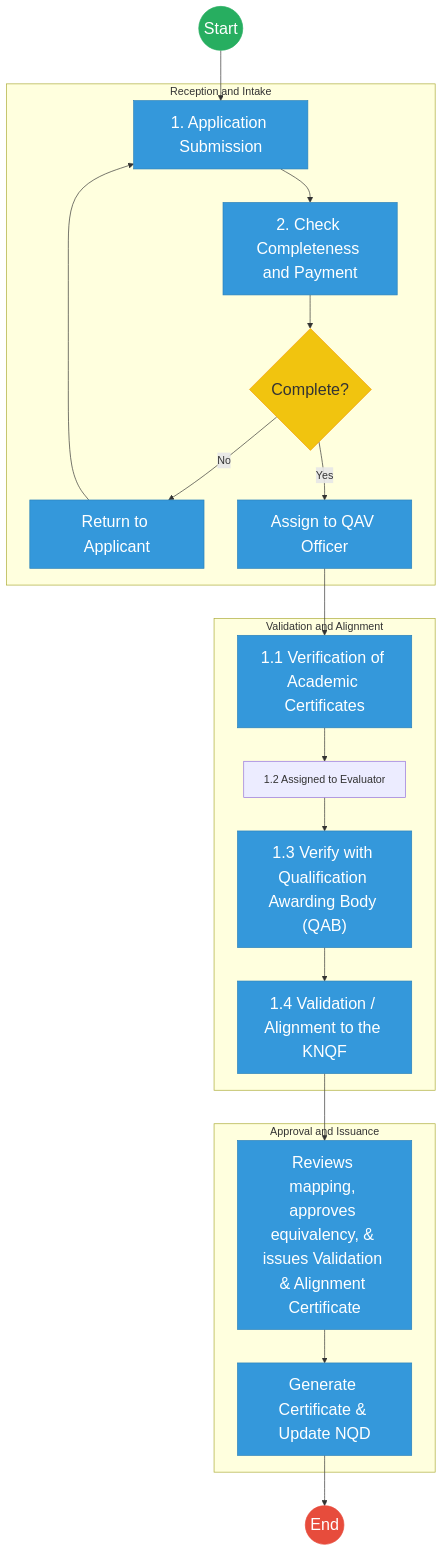
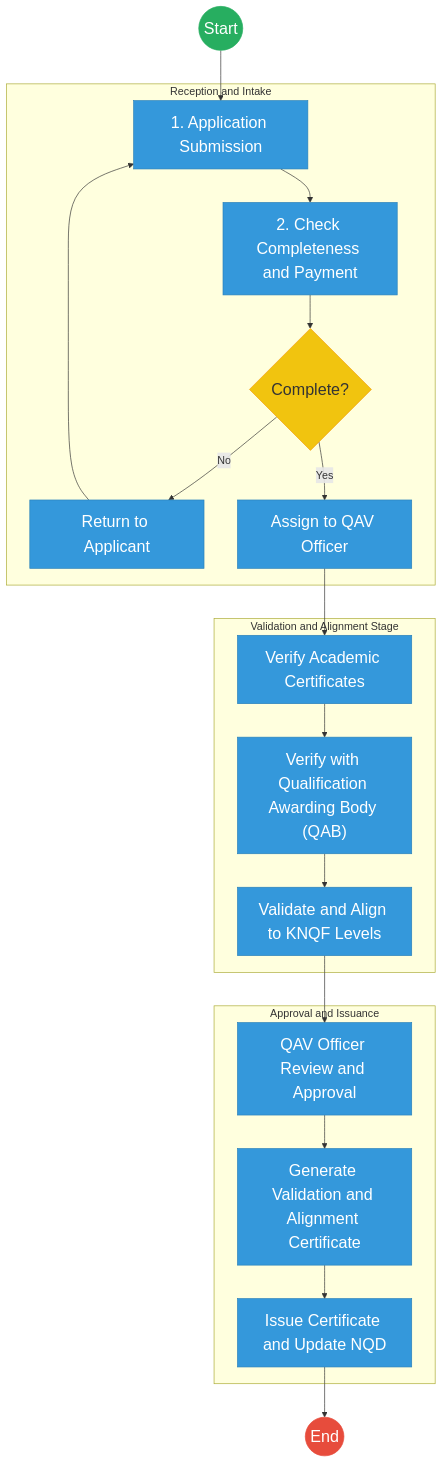
One commit to BITZ-IT-Consulting-LTD/ictapoc changed the first of 2 diagrams in mdas/docs_final/priority_mdas/Kenya_National_Qualifications_Authority___Service_Delivery.md. Above: the diagram before and after it, drawn with Mermaid. The commit also changed other lines of this file and 90 other files, not shown here.

````diff
--- a/mdas/docs_final/priority_mdas/Kenya_National_Qualifications_Authority___Service_Delivery.md
+++ b/mdas/docs_final/priority_mdas/Kenya_National_Qualifications_Authority___Service_Delivery.md
@@ -77,37 +44,37 @@
 ```mermaid
 flowchart TD
     Start(("Start")) --> Submit["1. Application Submission"]
     
     subgraph Intake["Reception and Intake"]
         Submit --> PayFee["2. Check Completeness and Payment"]
         PayFee --> Comp{"Complete?"}
         
         Comp -- "No" --> Return["Return to Applicant"]
         Return --> Submit
         
         Comp -- "Yes" --> Log["Assign to QAV Officer"]
     end
     
-    subgraph Validation["Validation and Alignment"]
-        Log --> AuthCert["1.1 Verification of Academic Certificates"]
-        AuthCert --> Eval["1.2 Assigned to Evaluator"]
-        Eval --> VerifyQAB["1.3 Verify with Qualification Awarding Body (QAB)"]
-        VerifyQAB --> MapKNQF["1.4 Validation / Alignment to the KNQF"]
+    subgraph Validation["Validation and Alignment Stage"]
+        Log --> AuthCert["Verify Academic Certificates"]
+        AuthCert --> VerifyQAB["Verify with Qualification Awarding Body (QAB)"]
+        VerifyQAB --> MapKNQF["Validate and Align to KNQF Levels"]
     end
     
     subgraph Finalization["Approval and Issuance"]
-        MapKNQF --> QAVApprove["Reviews mapping, approves equivalency, & issues Validation & Alignment Certificate"]
-        QAVApprove --> Issue["Generate Certificate & Update NQD"]
+        MapKNQF --> QAVApprove["QAV Officer Review and Approval"]
+        QAVApprove --> GenCert["Generate Validation and Alignment Certificate"]
+        GenCert --> Issue["Issue Certificate and Update NQD"]
     end
     
     Issue --> End(("End"))
 
     classDef startNode fill:#27ae60,stroke:#27ae60,color:#fff,font-size:24px;
     classDef endNode fill:#e74c3c,stroke:#e74c3c,color:#fff,font-size:24px;
     classDef userTask fill:#3498db,stroke:#2980b9,color:#fff,font-size:24px;
     classDef gateway fill:#f1c40f,stroke:#f39c12,color:#333,font-size:24px;
     class Start startNode;
     class End endNode;
     class Comp gateway;
     class Submit,PayFee,Return,Log,AuthCert,VerifyQAB,MapKNQF,QAVApprove,GenCert,Issue userTask;
 ```
````
